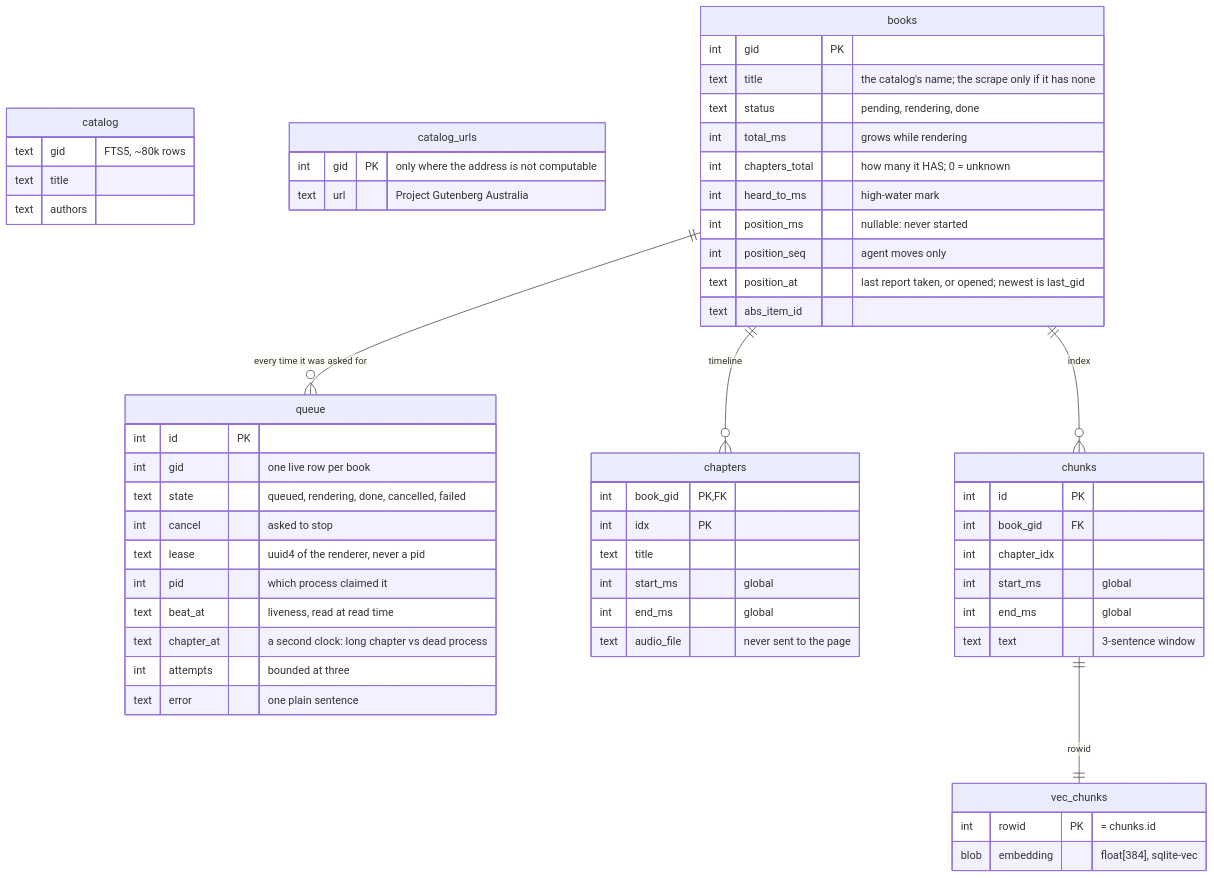
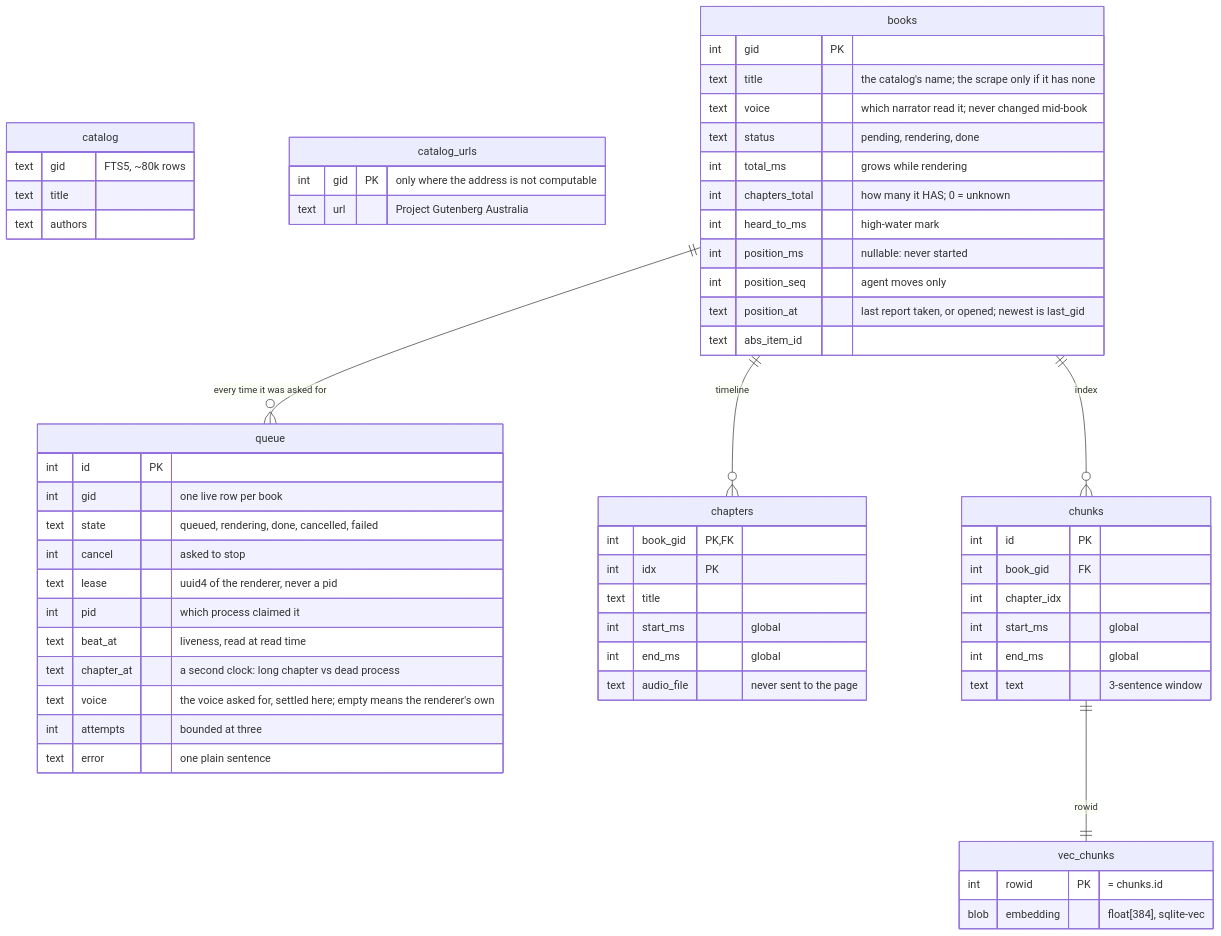
The third of 5 diagrams in docs/explanations/architecture.md (gilesknap/somnia), drawn with Mermaid before and after one commit. The commit also changed other lines of this file, not shown here.

````diff
--- a/docs/explanations/architecture.md
+++ b/docs/explanations/architecture.md
@@ -180,61 +174,63 @@
 ```mermaid
 erDiagram
   catalog {
     text gid "FTS5, ~80k rows"
     text title
     text authors
   }
   catalog_urls {
     int gid PK "only where the address is not computable"
     text url "Project Gutenberg Australia"
   }
   books {
     int gid PK
     text title "the catalog's name; the scrape only if it has none"
+    text voice "which narrator read it; never changed mid-book"
     text status "pending, rendering, done"
     int total_ms "grows while rendering"
     int chapters_total "how many it HAS; 0 = unknown"
     int heard_to_ms "high-water mark"
     int position_ms "nullable: never started"
     int position_seq "agent moves only"
     text position_at "last report taken, or opened; newest is last_gid"
     text abs_item_id
   }
   queue {
     int id PK
     int gid "one live row per book"
     text state "queued, rendering, done, cancelled, failed"
     int cancel "asked to stop"
     text lease "uuid4 of the renderer, never a pid"
     int pid "which process claimed it"
     text beat_at "liveness, read at read time"
     text chapter_at "a second clock: long chapter vs dead process"
+    text voice "the voice asked for, settled here; empty means the renderer's own"
     int attempts "bounded at three"
     text error "one plain sentence"
   }
   chapters {
     int book_gid PK, FK
     int idx PK
     text title
     int start_ms "global"
     int end_ms "global"
     text audio_file "never sent to the page"
   }
   chunks {
     int id PK
     int book_gid FK
     int chapter_idx
     int start_ms "global"
     int end_ms "global"
     text text "3-sentence window"
   }
   vec_chunks {
     int rowid PK "= chunks.id"
     blob embedding "float[384], sqlite-vec"
   }
 
   books ||--o{ chapters : "timeline"
   books ||--o{ chunks : "index"
   chunks ||--|| vec_chunks : "rowid"
   books ||--o{ queue : "every time it was asked for"
 ```
````
